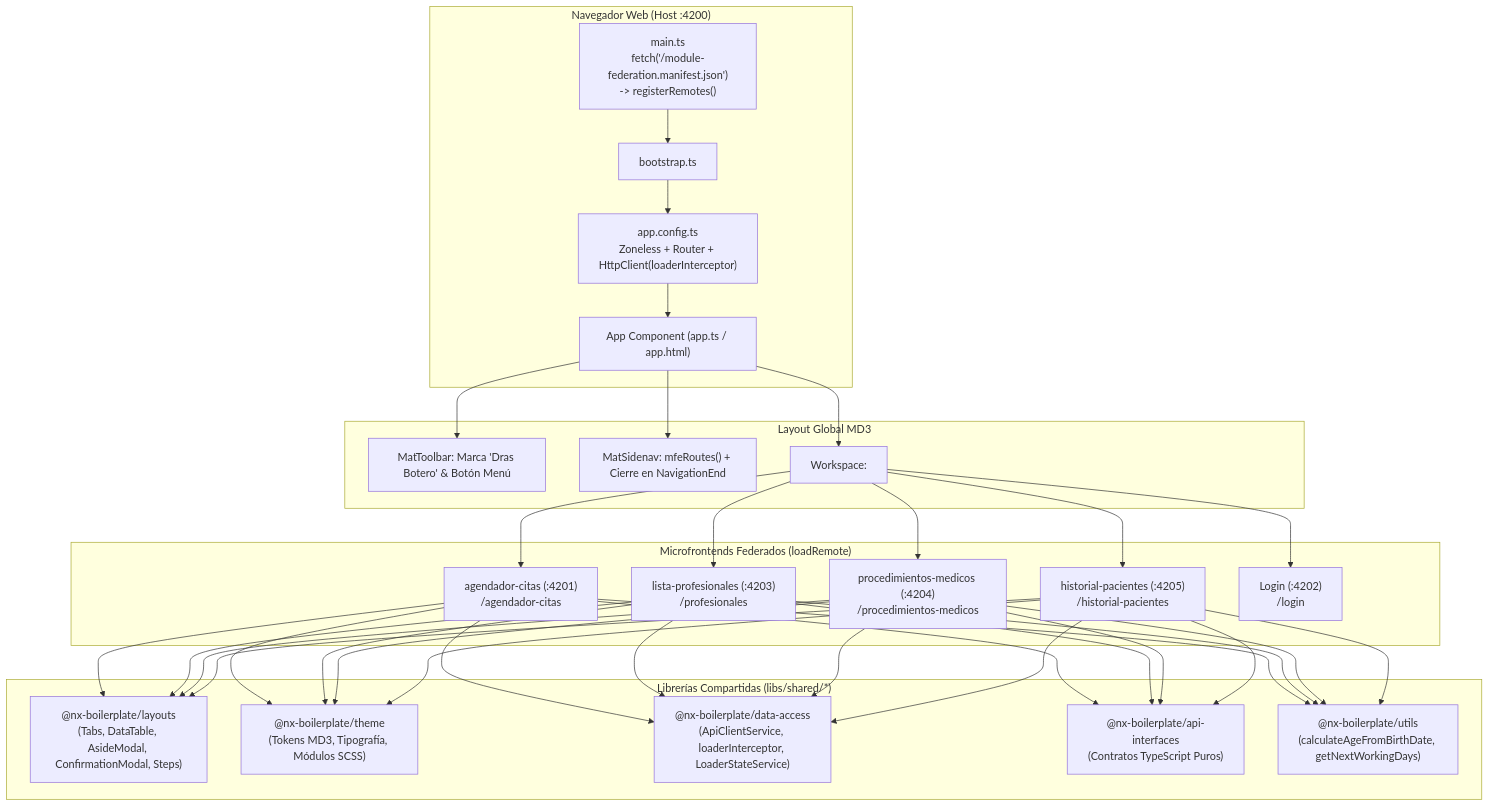
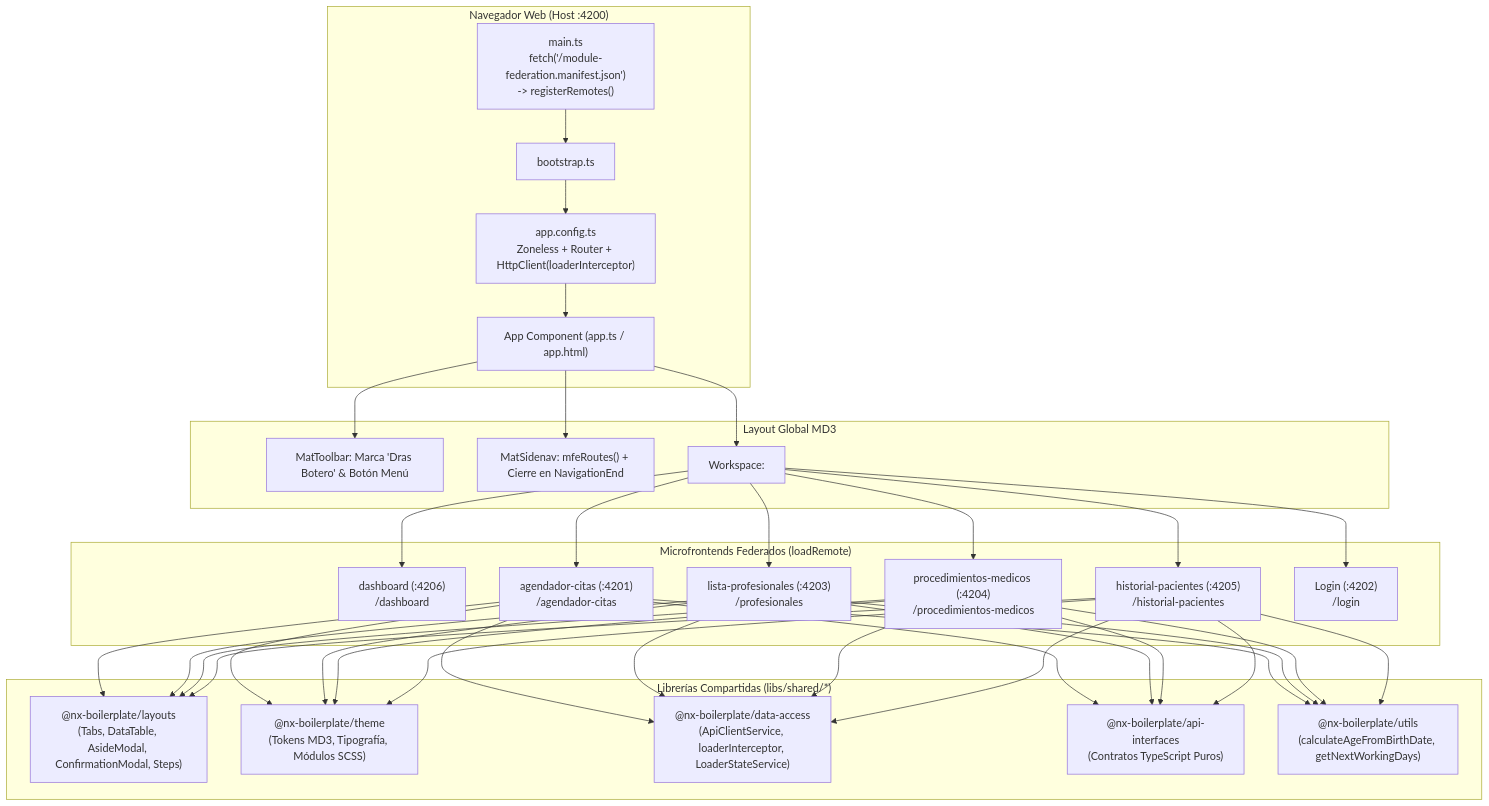
One commit to ctg-angular-lab/nx-boilerplate changed the diagram in docs/documentacion-front/app-shell.md. Above: the diagram before and after it, drawn with Mermaid. The commit also changed other lines of this file and 7 other files, not shown here.

````diff
--- a/docs/documentacion-front/app-shell.md
+++ b/docs/documentacion-front/app-shell.md
@@ -44,34 +45,35 @@
 ```mermaid
 graph TD
     subgraph Browser ["Navegador Web (Host :4200)"]
         Main["main.ts\nfetch('/module-federation.manifest.json')\n-> registerRemotes()"] --> Bootstrap["bootstrap.ts"]
         Bootstrap --> Config["app.config.ts\nZoneless + Router + HttpClient(loaderInterceptor)"]
         Config --> ShellApp["App Component (app.ts / app.html)"]
     end
 
     subgraph ShellLayout ["Layout Global MD3"]
         ShellApp --> Topbar["MatToolbar: Marca 'Dras Botero' & Botón Menú"]
         ShellApp --> Sidenav["MatSidenav: mfeRoutes() + Cierre en NavigationEnd"]
         ShellApp --> Workspace["Workspace: <router-outlet>"]
     end
 
     subgraph Remotes ["Microfrontends Federados (loadRemote)"]
+        R_DB["dashboard (:4206)\n/dashboard"]
         R_AG["agendador-citas (:4201)\n/agendador-citas"]
         R_LP["lista-profesionales (:4203)\n/profesionales"]
         R_PM["procedimientos-medicos (:4204)\n/procedimientos-medicos"]
         R_HP["historial-pacientes (:4205)\n/historial-pacientes"]
         R_LG["Login (:4202)\n/login"]
     end
 
-    Workspace --> R_AG & R_LP & R_PM & R_HP & R_LG
+    Workspace --> R_DB & R_AG & R_LP & R_PM & R_HP & R_LG
 
     subgraph SharedLibs ["Librerías Compartidas (libs/shared/*)"]
         L_LAY["@nx-boilerplate/layouts\n(Tabs, DataTable, AsideModal, ConfirmationModal, Steps)"]
         L_THM["@nx-boilerplate/theme\n(Tokens MD3, Tipografía, Módulos SCSS)"]
         L_DA["@nx-boilerplate/data-access\n(ApiClientService, loaderInterceptor, LoaderStateService)"]
         L_INT["@nx-boilerplate/api-interfaces\n(Contratos TypeScript Puros)"]
         L_UTL["@nx-boilerplate/utils\n(calculateAgeFromBirthDate, getNextWorkingDays)"]
     end
 
     R_AG & R_LP & R_PM & R_HP --> L_LAY & L_THM & L_DA & L_INT & L_UTL
 ```
````
